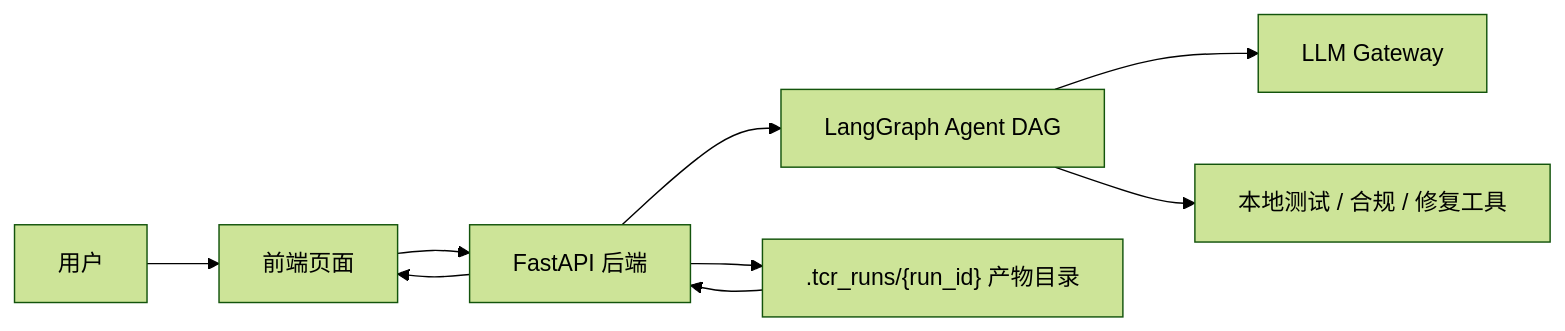
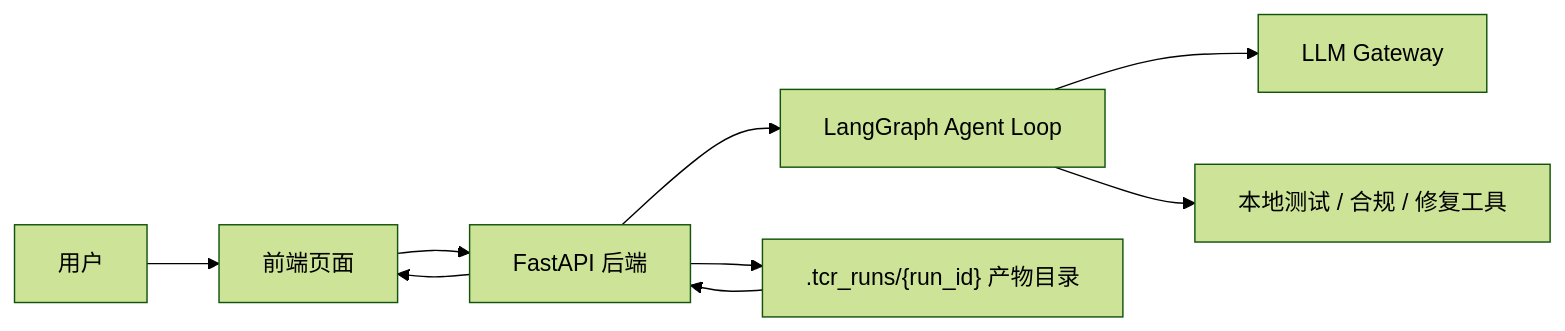
One commit to Haojun-Jiang/mgc-project changed the first of 6 diagrams in docs/project-technical-solution.md. Above: the diagram before and after it, drawn with Mermaid (forest theme). The commit also changed other lines of this file and 10 other files, not shown here.

````diff
--- a/docs/project-technical-solution.md
+++ b/docs/project-technical-solution.md
@@ -53,11 +53,11 @@
 ```mermaid
 flowchart LR
     User["用户"] --> FE["前端页面"]
     FE --> API["FastAPI 后端"]
-    API --> Graph["LangGraph Agent DAG"]
+    API --> Graph["LangGraph Agent Loop"]
     Graph --> LLM["LLM Gateway"]
     Graph --> Tools["本地测试 / 合规 / 修复工具"]
     API --> Store[".tcr_runs/{run_id} 产物目录"]
     Store --> API
     API --> FE
 ```
````
